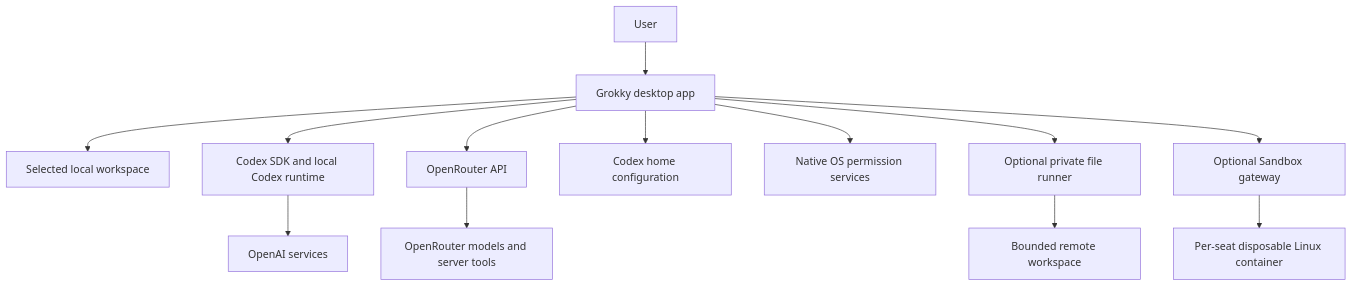
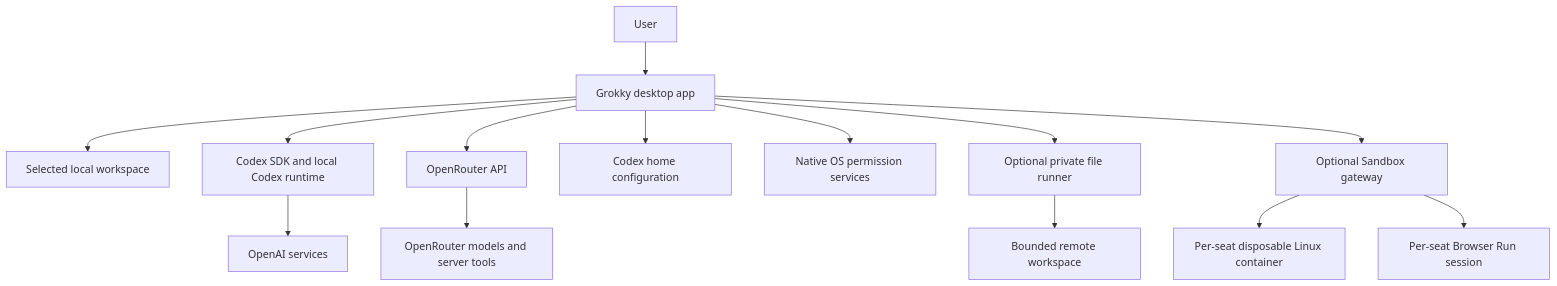
Before and after one commit to earlyaidopters/grokky: the first of 12 diagrams in docs/ARCHITECTURE.md, drawn with Mermaid. The commit also changed other lines of this file and 41 other files, not shown here.

````diff
--- a/docs/ARCHITECTURE.md
+++ b/docs/ARCHITECTURE.md
@@ -7,16 +7,17 @@
 ```mermaid
 flowchart TB
   USER[User] --> APP[Grokky desktop app]
   APP --> WORKSPACE[Selected local workspace]
   APP --> CODEX[Codex SDK and local Codex runtime]
   APP --> OPENROUTER[OpenRouter API]
   APP --> CODEXHOME[Codex home configuration]
   APP --> OS[Native OS permission services]
   APP --> RUNNER[Optional private file runner]
   APP --> GATEWAY[Optional Sandbox gateway]
 
   CODEX --> OPENAI[OpenAI services]
   OPENROUTER --> MODELS[OpenRouter models and server tools]
   RUNNER --> REMOTEWORKSPACE[Bounded remote workspace]
   GATEWAY --> SEATVM[Per-seat disposable Linux container]
+  GATEWAY --> BROWSERRUN[Per-seat Browser Run session]
 ```
````
